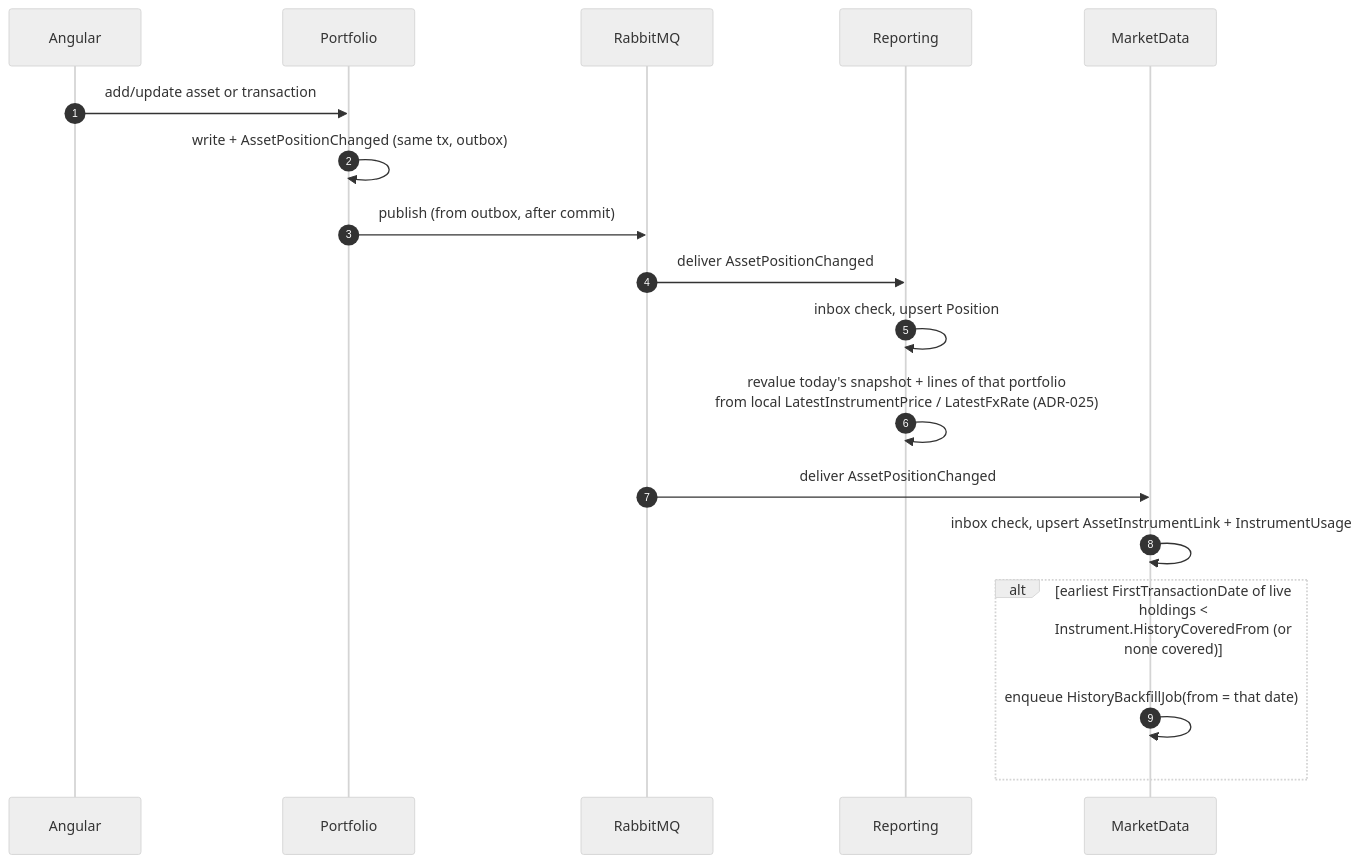
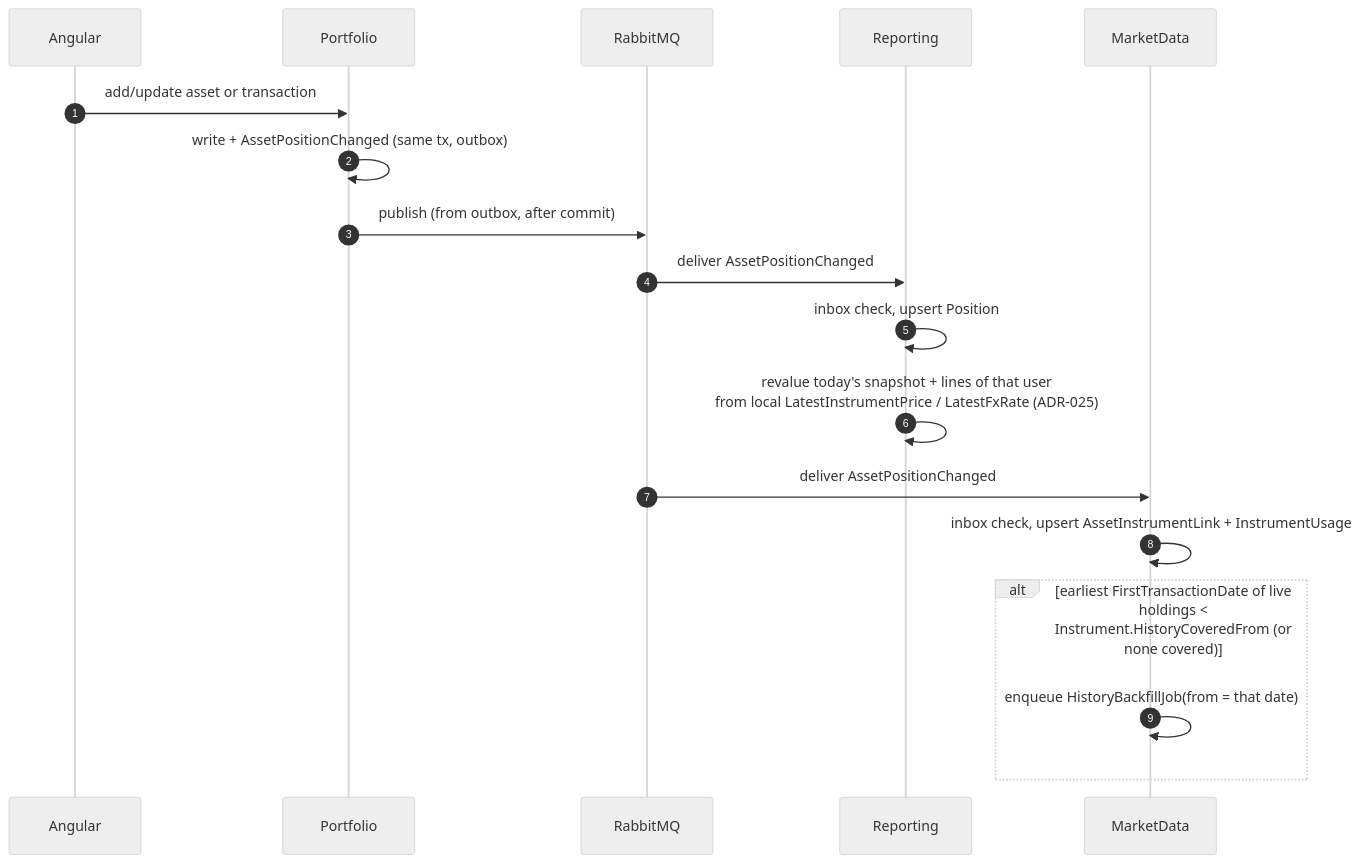
The third of 7 diagrams in skarbiec-plan/architecture.md (Maliniak93/FinMel), drawn with Mermaid (neutral theme) before and after one commit. The commit also changed other lines of this file and 389 other files, not shown here.

````diff
--- a/skarbiec-plan/architecture.md
+++ b/skarbiec-plan/architecture.md
@@ -111,21 +110,21 @@
 ```mermaid
 sequenceDiagram
     autonumber
     participant U as Angular
     participant PF as Portfolio
     participant MQ as RabbitMQ
     participant RP as Reporting
     participant MD as MarketData
 
     U->>PF: add/update asset or transaction
     PF->>PF: write + AssetPositionChanged (same tx, outbox)
     PF->>MQ: publish (from outbox, after commit)
     MQ->>RP: deliver AssetPositionChanged
     RP->>RP: inbox check, upsert Position
-    RP->>RP: revalue today's snapshot + lines of that portfolio<br/>from local LatestInstrumentPrice / LatestFxRate (ADR-025)
+    RP->>RP: revalue today's snapshot + lines of that user<br/>from local LatestInstrumentPrice / LatestFxRate (ADR-025)
     MQ->>MD: deliver AssetPositionChanged
     MD->>MD: inbox check, upsert AssetInstrumentLink + InstrumentUsage
     alt earliest FirstTransactionDate of live holdings < Instrument.HistoryCoveredFrom (or none covered)
         MD->>MD: enqueue HistoryBackfillJob(from = that date)
     end
 ```
````
